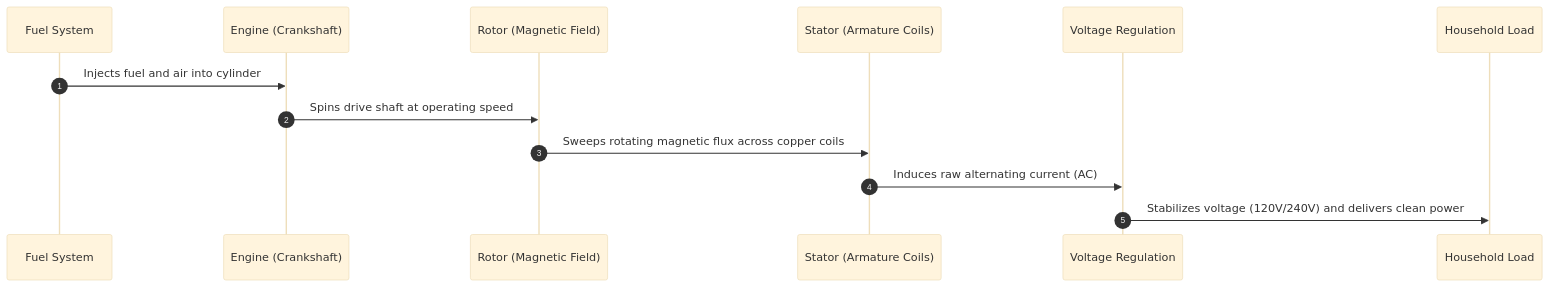
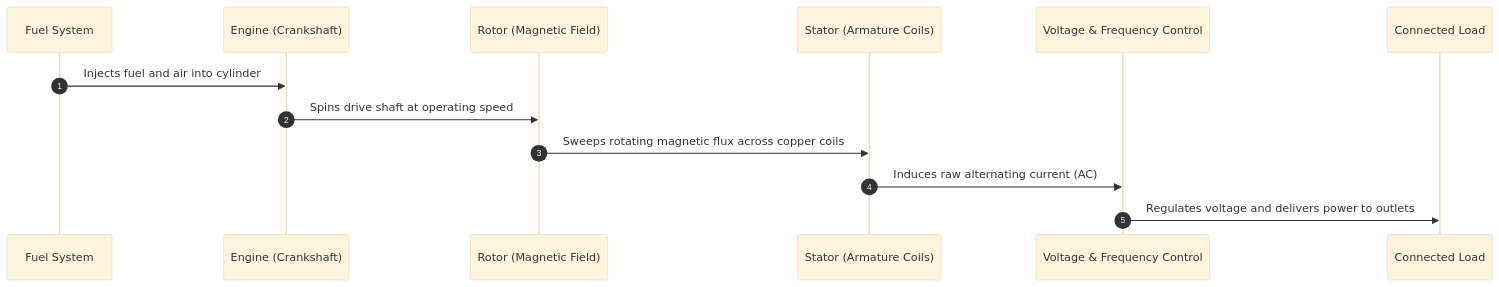
The second of 8 diagrams in content-drafts/how-does-a-generator-work.md (calcmypowerharis-app/kr), drawn with Mermaid (base theme) before and after one commit. The commit also changed other lines of this file, not shown here.

````diff
--- a/content-drafts/how-does-a-generator-work.md
+++ b/content-drafts/how-does-a-generator-work.md
@@ -69,16 +69,16 @@
 ```mermaid
 sequenceDiagram
     autonumber
     participant Fuel as Fuel System
     participant Engine as Engine (Crankshaft)
     participant Rotor as Rotor (Magnetic Field)
     participant Stator as Stator (Armature Coils)
-    participant AVR as Voltage Regulation
-    participant Load as Household Load
+    participant Reg as Voltage & Frequency Control
+    participant Load as Connected Load
 
     Fuel->>Engine: Injects fuel and air into cylinder
     Engine->>Rotor: Spins drive shaft at operating speed
     Rotor->>Stator: Sweeps rotating magnetic flux across copper coils
-    Stator->>AVR: Induces raw alternating current (AC)
-    AVR->>Load: Stabilizes voltage (120V/240V) and delivers clean power
+    Stator->>Reg: Induces raw alternating current (AC)
+    Reg->>Load: Regulates voltage and delivers power to outlets
 ```
````
